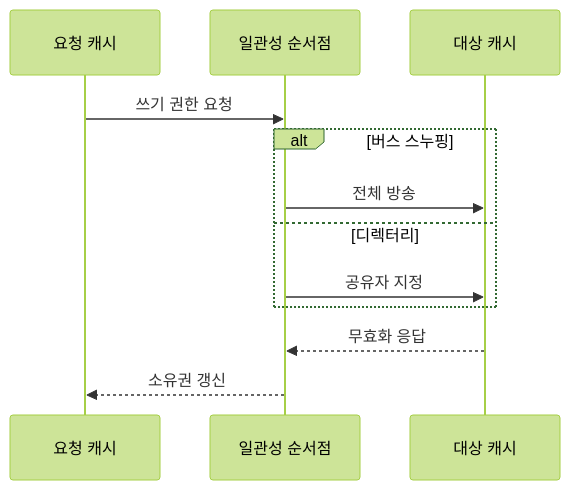
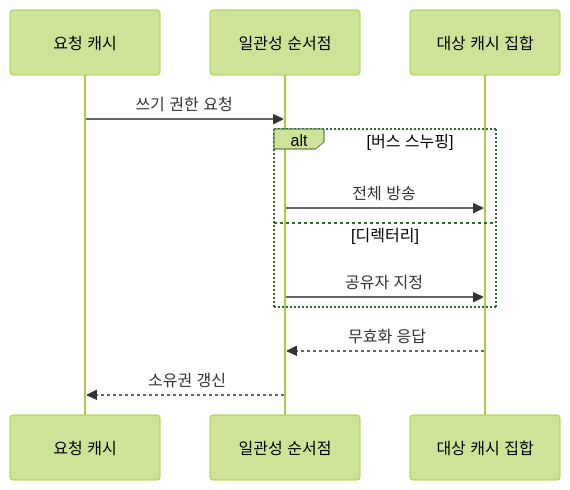
One commit to agnusdei1207/knowledge-base changed the second of 2 diagrams in src/content/docs/notes/02-hardware/015_bus_snooping_directory_coherence.md. Above: the diagram before and after it, drawn with Mermaid (forest theme). The commit also changed other lines of this file and 7 other files, not shown here.

````diff
--- a/src/content/docs/notes/02-hardware/015_bus_snooping_directory_coherence.md
+++ b/src/content/docs/notes/02-hardware/015_bus_snooping_directory_coherence.md
@@ -92,14 +92,14 @@
 ```mermaid
 sequenceDiagram
     participant R as 요청 캐시
     participant C as 일관성 순서점
-    participant T as 대상 캐시
+    participant T as 대상 캐시 집합
     R->>C: 쓰기 권한 요청
     alt 버스 스누핑
         C->>T: 전체 방송
     else 디렉터리
         C->>T: 공유자 지정
     end
     T-->>C: 무효화 응답
     C-->>R: 소유권 갱신
 ```
````
